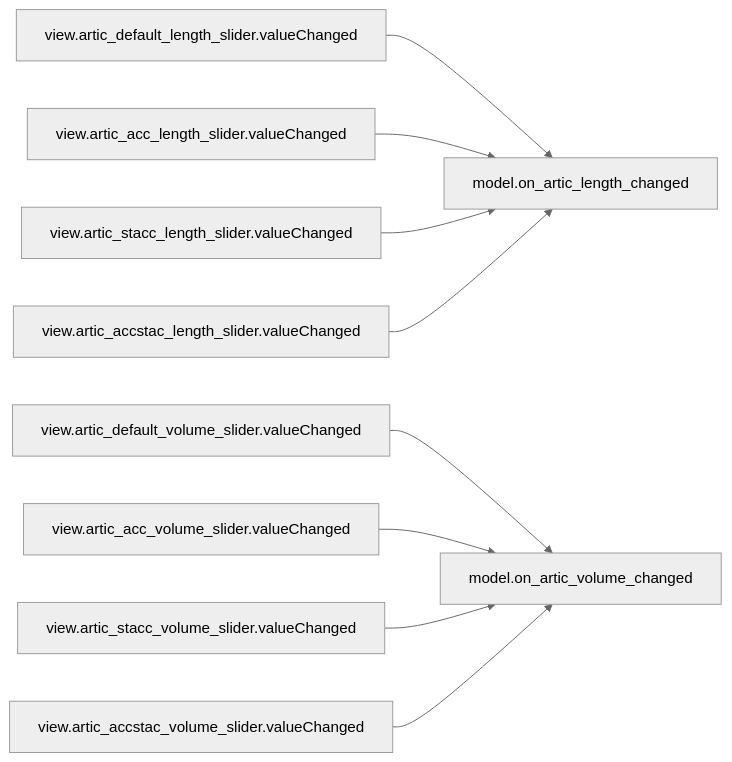
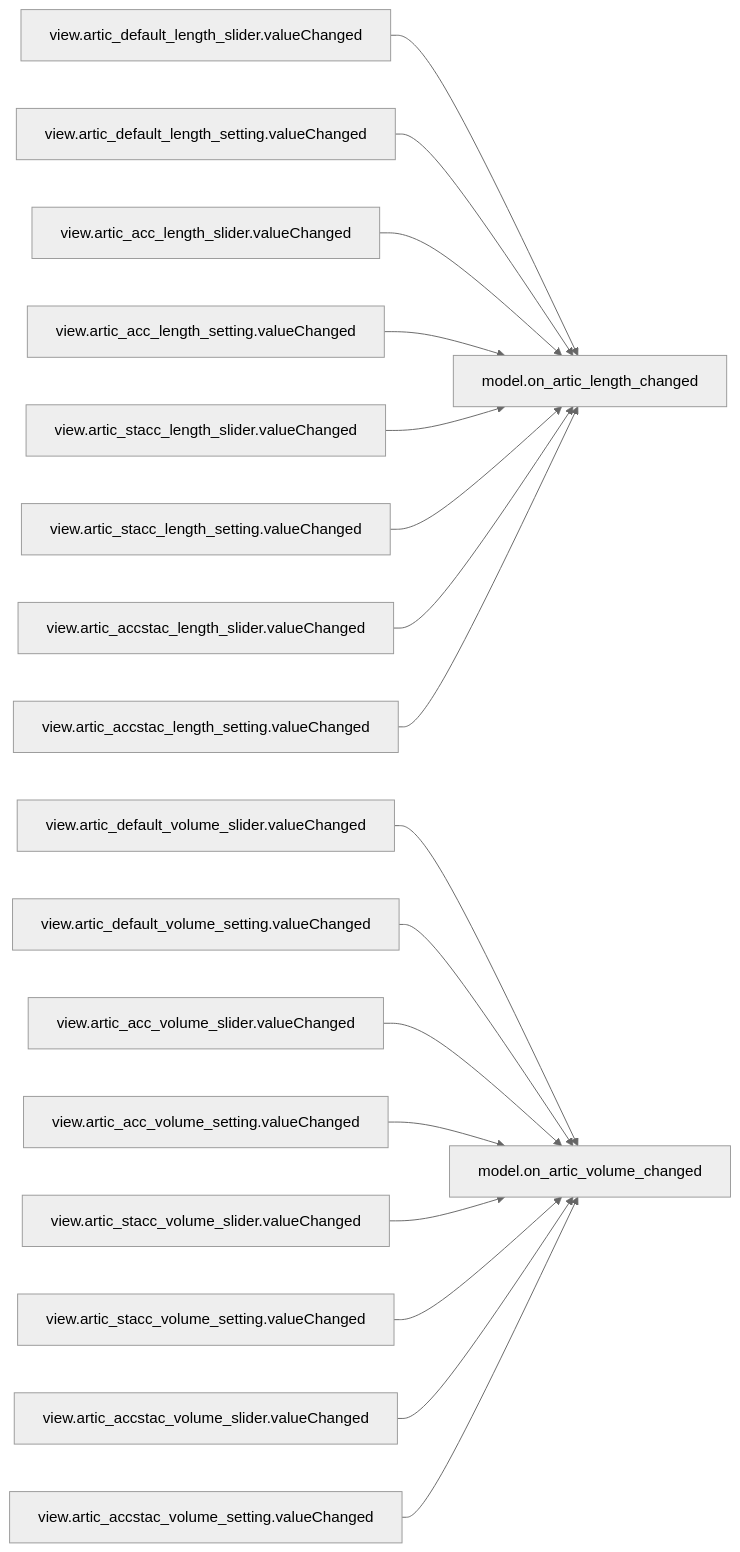
The fifth of 8 diagrams in doc/source/dashboard_signal_slot_map.rst (com-posers-pit/smw_music), drawn with Mermaid (neutral theme) before and after one commit.

Commit message:
Add missing signal/slot connections to docs
Now playing:
Thundercats by Mitch Murder

```diff
--- a/doc/source/dashboard_signal_slot_map.rst
+++ b/doc/source/dashboard_signal_slot_map.rst
@@ -98,11 +98,19 @@
 .. mermaid::
 
    flowchart LR
       view.artic_default_length_slider.valueChanged --> model.on_artic_length_changed
+      view.artic_default_length_setting.valueChanged --> model.on_artic_length_changed
       view.artic_default_volume_slider.valueChanged --> model.on_artic_volume_changed
+      view.artic_default_volume_setting.valueChanged --> model.on_artic_volume_changed
       view.artic_acc_length_slider.valueChanged --> model.on_artic_length_changed
+      view.artic_acc_length_setting.valueChanged --> model.on_artic_length_changed
       view.artic_acc_volume_slider.valueChanged --> model.on_artic_volume_changed
+      view.artic_acc_volume_setting.valueChanged --> model.on_artic_volume_changed
       view.artic_stacc_length_slider.valueChanged --> model.on_artic_length_changed
+      view.artic_stacc_length_setting.valueChanged --> model.on_artic_length_changed
       view.artic_stacc_volume_slider.valueChanged --> model.on_artic_volume_changed
+      view.artic_stacc_volume_setting.valueChanged --> model.on_artic_volume_changed
       view.artic_accstac_length_slider.valueChanged --> model.on_artic_length_changed
+      view.artic_accstac_length_setting.valueChanged --> model.on_artic_length_changed
       view.artic_accstac_volume_slider.valueChanged --> model.on_artic_volume_changed
+      view.artic_accstac_volume_setting.valueChanged --> model.on_artic_volume_changed
```
